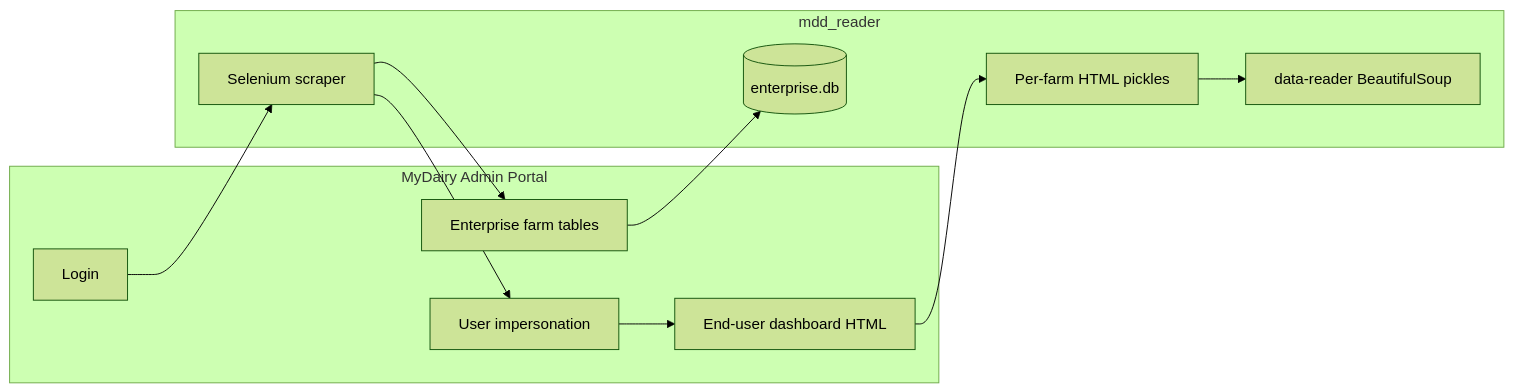
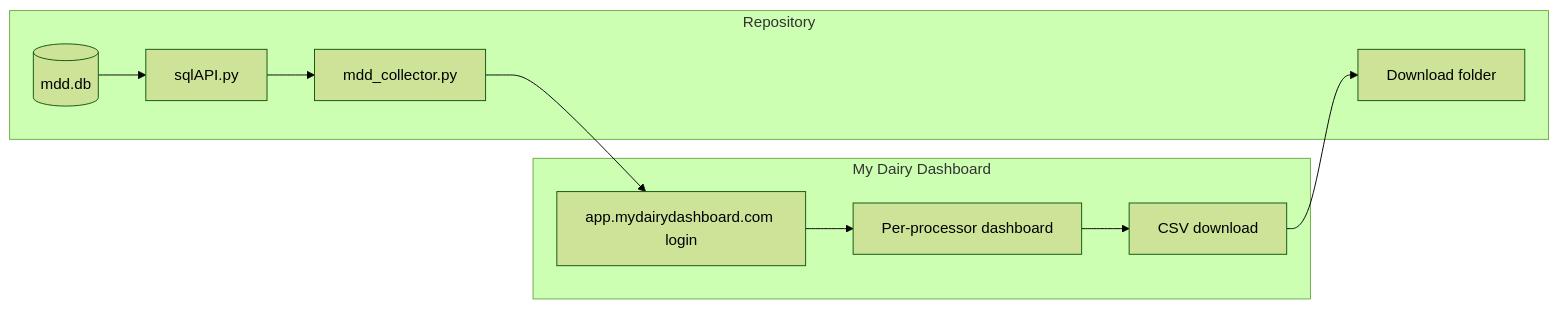
Before and after one commit to BankBarn/mdd_reader: the diagram in docs/PROJECT_OVERVIEW.md, drawn with Mermaid (forest theme). The commit also changed other lines of this file and 4 other files, not shown here.

````diff
--- a/docs/PROJECT_OVERVIEW.md
+++ b/docs/PROJECT_OVERVIEW.md
@@ -33,22 +27,20 @@
 ```mermaid
 flowchart LR
-  subgraph portal [MyDairy Admin Portal]
-    Login[Login]
-    Tables[Enterprise farm tables]
-    Impersonate[User impersonation]
-    Dash[End-user dashboard HTML]
+  subgraph app [My Dairy Dashboard]
+    Login[app.mydairydashboard.com login]
+    Dash[Per-processor dashboard]
+    CSV[CSV download]
   end
-  subgraph local [mdd_reader]
-    Selenium[Selenium scraper]
-    DB[(enterprise.db)]
-    Pickles[Per-farm HTML pickles]
-    Parser[data-reader BeautifulSoup]
+  subgraph local [Repository]
+    Py[mdd_collector.py]
+    API[sqlAPI.py]
+    DB[(mdd.db)]
+    Files[Download folder]
   end
-  Login --> Selenium
-  Selenium --> Tables
-  Tables --> DB
-  Selenium --> Impersonate
-  Impersonate --> Dash
-  Dash --> Pickles
-  Pickles --> Parser
+  DB --> API
+  API --> Py
+  Py --> Login
+  Login --> Dash
+  Dash --> CSV
+  CSV --> Files
 ```
````
